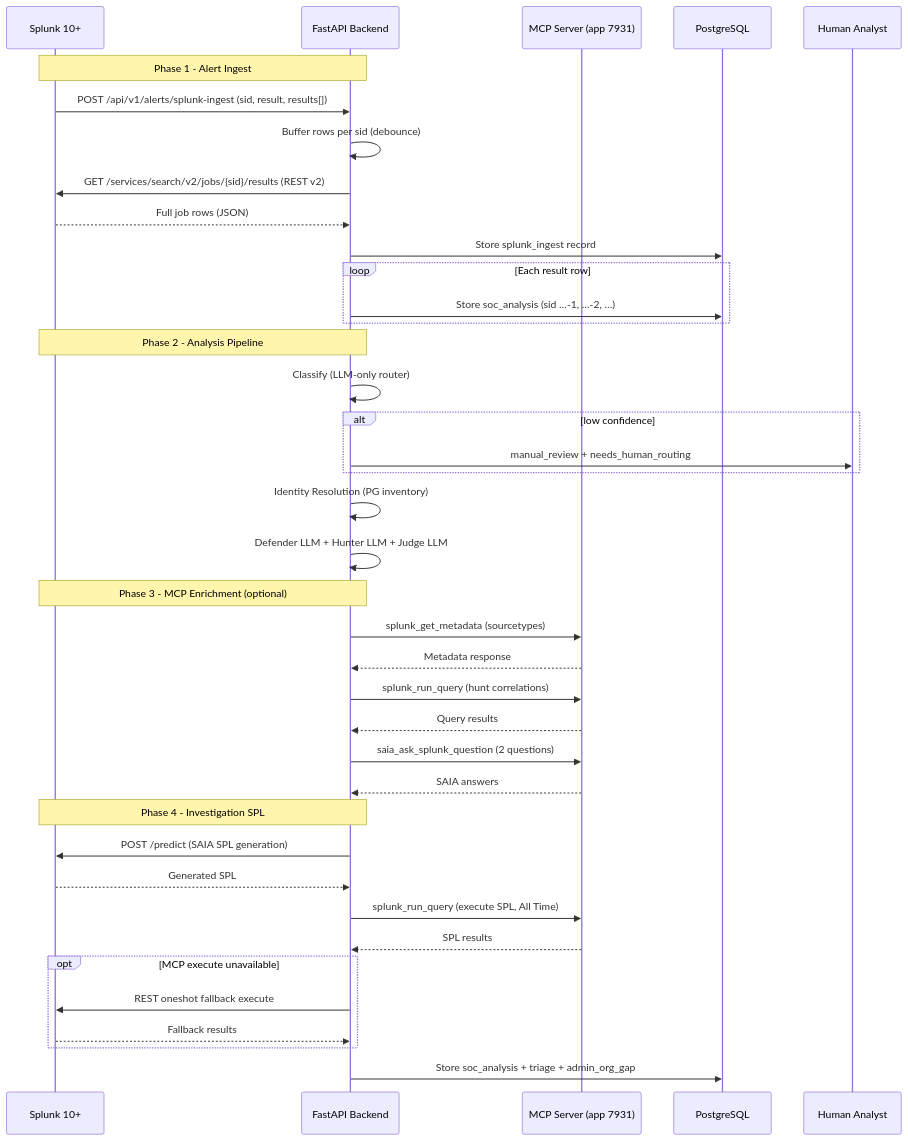
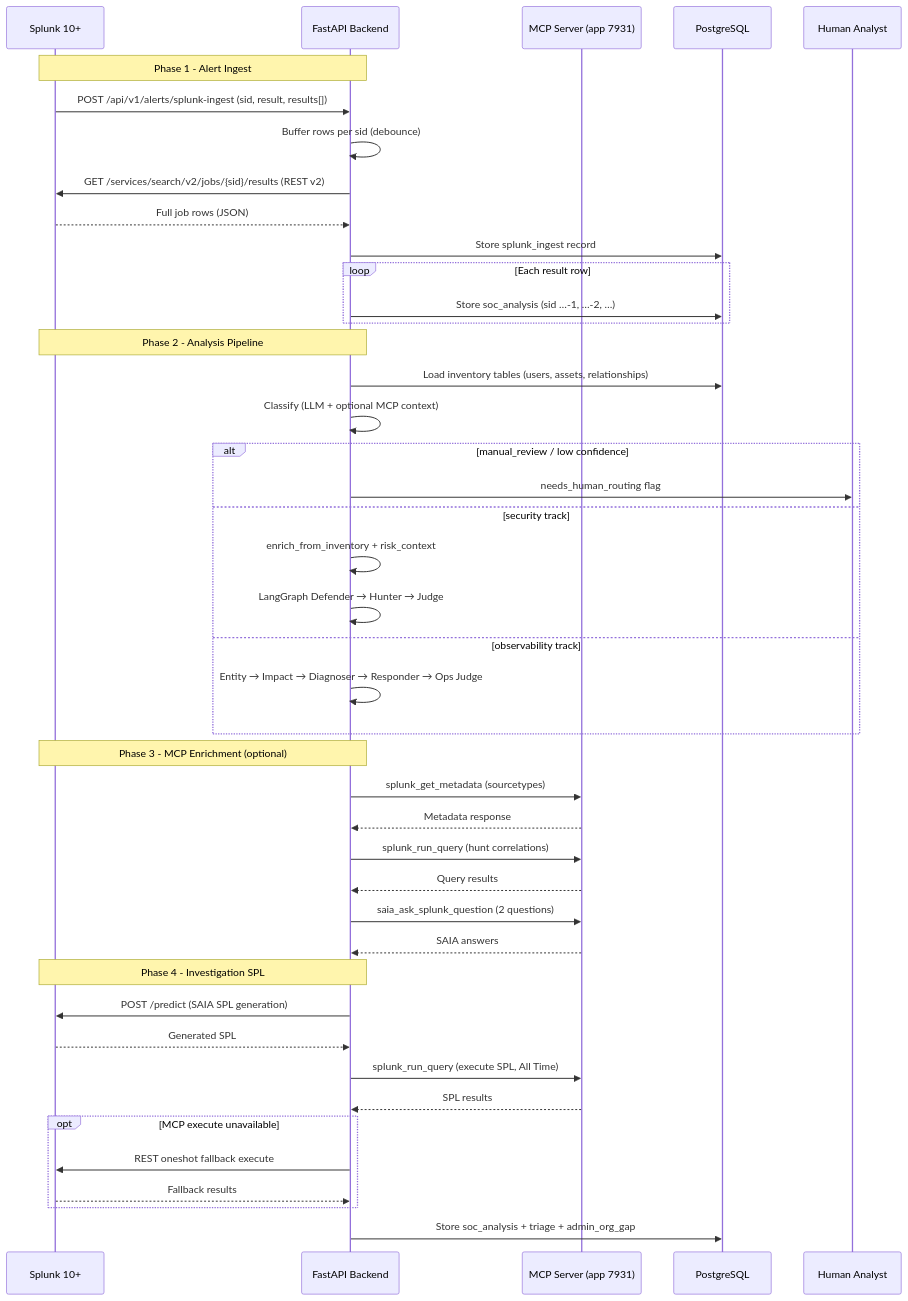
Before and after one commit to Sepideh-Asadollahi/ThinkingSOC-splunk-hackathon: the sixth of 8 diagrams in docs/architecture-views.md, drawn with Mermaid. The commit also changed other lines of this file and 55 other files, not shown here.

````diff
--- a/docs/architecture-views.md
+++ b/docs/architecture-views.md
@@ -362,45 +377,49 @@
 ```mermaid
 sequenceDiagram
   participant Splunk as Splunk 10+
   participant Backend as FastAPI Backend
   participant MCP as MCP Server (app 7931)
   participant PG as PostgreSQL
   participant Analyst as Human Analyst
 
   Note over Splunk,Backend: Phase 1 - Alert Ingest
   Splunk->>Backend: POST /api/v1/alerts/splunk-ingest (sid, result, results[])
   Backend->>Backend: Buffer rows per sid (debounce)
   Backend->>Splunk: GET /services/search/v2/jobs/{sid}/results (REST v2)
   Splunk-->>Backend: Full job rows (JSON)
   Backend->>PG: Store splunk_ingest record
   loop Each result row
     Backend->>PG: Store soc_analysis (sid …-1, …-2, …)
   end
 
   Note over Splunk,Backend: Phase 2 - Analysis Pipeline
-  Backend->>Backend: Classify (LLM-only router)
-  alt low confidence
-    Backend->>Analyst: manual_review + needs_human_routing
+  Backend->>PG: Load inventory tables (users, assets, relationships)
+  Backend->>Backend: Classify (LLM + optional MCP context)
+  alt manual_review / low confidence
+    Backend->>Analyst: needs_human_routing flag
+  else security track
+    Backend->>Backend: enrich_from_inventory + risk_context
+    Backend->>Backend: LangGraph Defender → Hunter → Judge
+  else observability track
+    Backend->>Backend: Entity → Impact → Diagnoser → Responder → Ops Judge
   end
-  Backend->>Backend: Identity Resolution (PG inventory)
-  Backend->>Backend: Defender LLM + Hunter LLM + Judge LLM
 
   Note over Splunk,Backend: Phase 3 - MCP Enrichment (optional)
   Backend->>MCP: splunk_get_metadata (sourcetypes)
   MCP-->>Backend: Metadata response
   Backend->>MCP: splunk_run_query (hunt correlations)
   MCP-->>Backend: Query results
   Backend->>MCP: saia_ask_splunk_question (2 questions)
   MCP-->>Backend: SAIA answers
 
   Note over Splunk,Backend: Phase 4 - Investigation SPL
   Backend->>Splunk: POST /predict (SAIA SPL generation)
   Splunk-->>Backend: Generated SPL
   Backend->>MCP: splunk_run_query (execute SPL, All Time)
   MCP-->>Backend: SPL results
   opt MCP execute unavailable
     Backend->>Splunk: REST oneshot fallback execute
     Splunk-->>Backend: Fallback results
   end
   Backend->>PG: Store soc_analysis + triage + admin_org_gap
 ```
````
